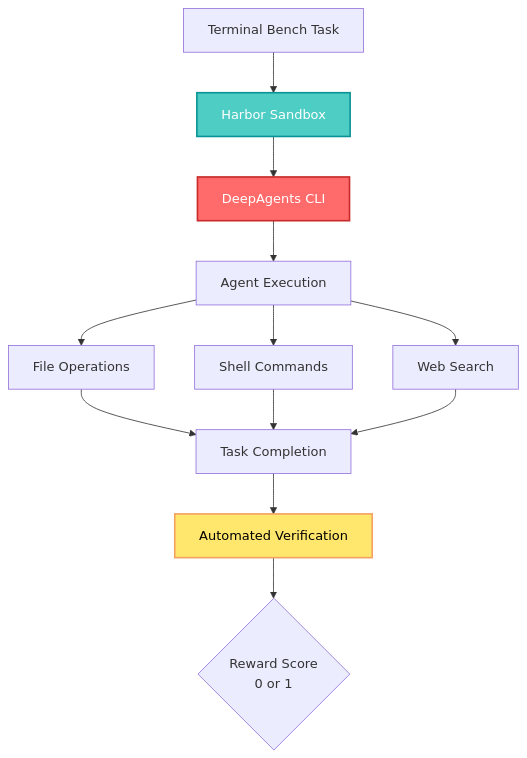
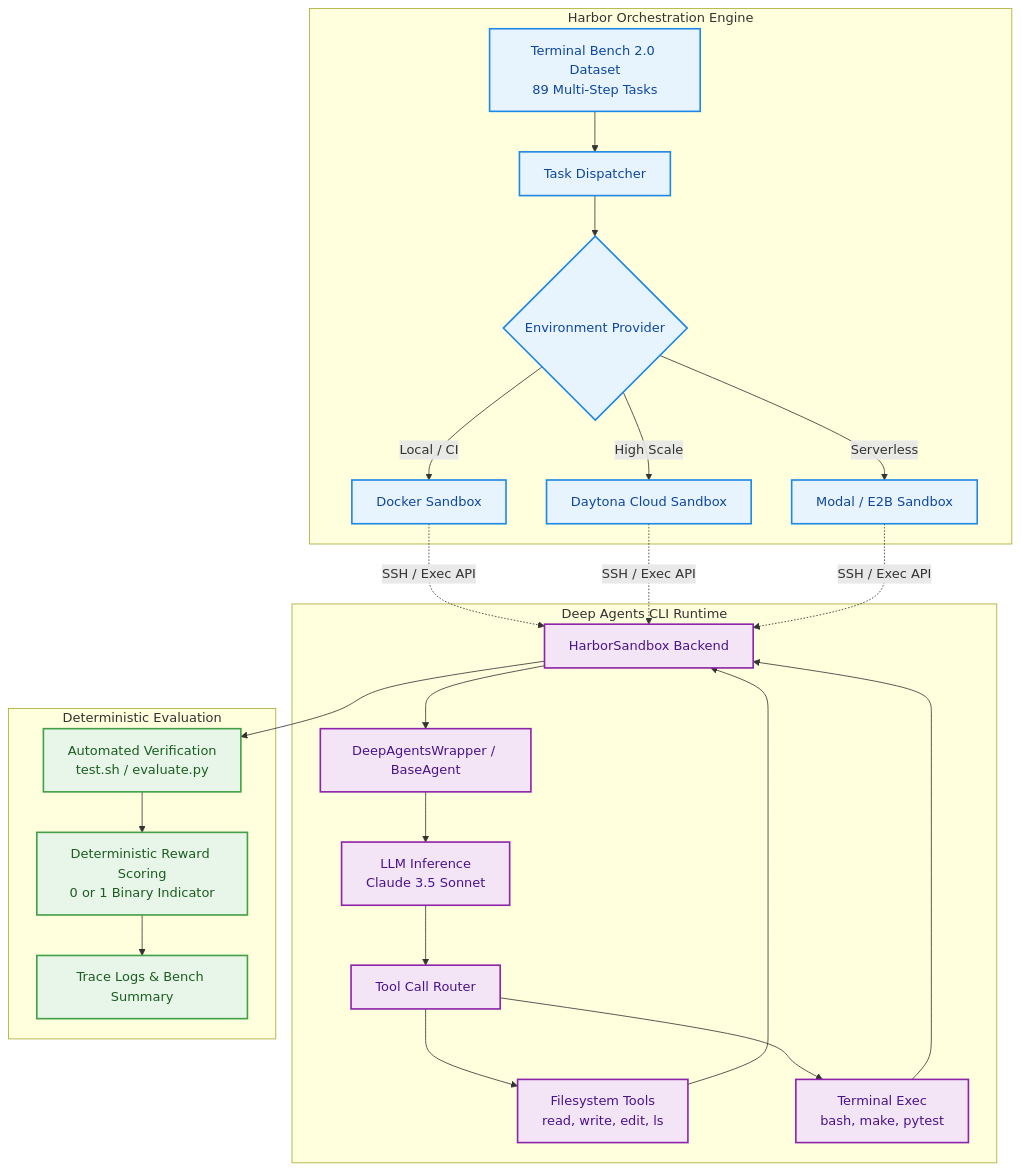
Before and after one commit to akillness/akillness.github.io: the first of 2 diagrams in _posts/2025/12/2025-12-07-evaluating-deepagents-cli-on-terminal-bench-2-0.md, drawn with Mermaid. The commit also changed other lines of this file and 1 other file, not shown here.

Commit message:
archive(dev): rebuild evaluating-deepagents-cli-on-terminal-bench-2-0 from 2025-12 note

````diff
--- a/_posts/2025/12/2025-12-07-evaluating-deepagents-cli-on-terminal-bench-2-0.md
+++ b/_posts/2025/12/2025-12-07-evaluating-deepagents-cli-on-terminal-bench-2-0.md
@@ -163,18 +41,33 @@
 ```mermaid
-graph TB
-    A[Terminal Bench Task] --> B[Harbor Sandbox]
-    B --> C[DeepAgents CLI]
-    C --> D[Agent Execution]
-    D --> E[File Operations]
-    D --> F[Shell Commands]
-    D --> G[Web Search]
-    E --> H[Task Completion]
-    F --> H
-    G --> H
-    H --> I[Automated Verification]
-    I --> J{Reward Score<br/>0 or 1}
+flowchart TD
+    subgraph Harbor Runner ["Harbor Orchestration Engine"]
+        TB[Terminal Bench 2.0 Dataset<br/>89 Multi-Step Tasks] --> TaskQueue[Task Dispatcher]
+        TaskQueue --> SandboxRouter{Environment Provider}
+        SandboxRouter -->|Local / CI| DockerBox[Docker Sandbox]
+        SandboxRouter -->|High Scale| DaytonaBox[Daytona Cloud Sandbox]
+        SandboxRouter -->|Serverless| ModalBox[Modal / E2B Sandbox]
+    end
 
-    style C fill:#ff6b6b,stroke:#c92a2a,stroke-width:2px,color:#fff
-    style B fill:#4ecdc4,stroke:#0a9396,stroke-width:2px,color:#fff
-    style I fill:#ffe66d,stroke:#f4a261,stroke-width:2px,color:#000
+    subgraph Agent Loop ["Deep Agents CLI Runtime"]
+        DockerBox & DaytonaBox & ModalBox -.->|SSH / Exec API| HSB[HarborSandbox Backend]
+        HSB --> CLI[DeepAgentsWrapper / BaseAgent]
+        CLI --> LLM[LLM Inference<br/>Claude 3.5 Sonnet]
+        LLM --> Tools[Tool Call Router]
+        Tools --> FSTools[Filesystem Tools<br/>read, write, edit, ls]
+        Tools --> ShellTools[Terminal Exec<br/>bash, make, pytest]
+        FSTools & ShellTools --> HSB
+    end
+
+    subgraph Verification ["Deterministic Evaluation"]
+        HSB --> TestScript[Automated Verification<br/>test.sh / evaluate.py]
+        TestScript --> MetricCalc[Deterministic Reward Scoring<br/>0 or 1 Binary Indicator]
+        MetricCalc --> ResultStore[Trace Logs & Bench Summary]
+    end
+
+    classDef runner fill:#e8f4fd,stroke:#1e88e5,stroke-width:2px,color:#0d47a1;
+    classDef runtime fill:#f3e5f5,stroke:#8e24aa,stroke-width:2px,color:#4a148c;
+    classDef verify fill:#e8f5e9,stroke:#43a047,stroke-width:2px,color:#1b5e20;
+    class TB,TaskQueue,SandboxRouter,DockerBox,DaytonaBox,ModalBox runner;
+    class HSB,CLI,LLM,Tools,FSTools,ShellTools runtime;
+    class TestScript,MetricCalc,ResultStore verify;
 ```
````
